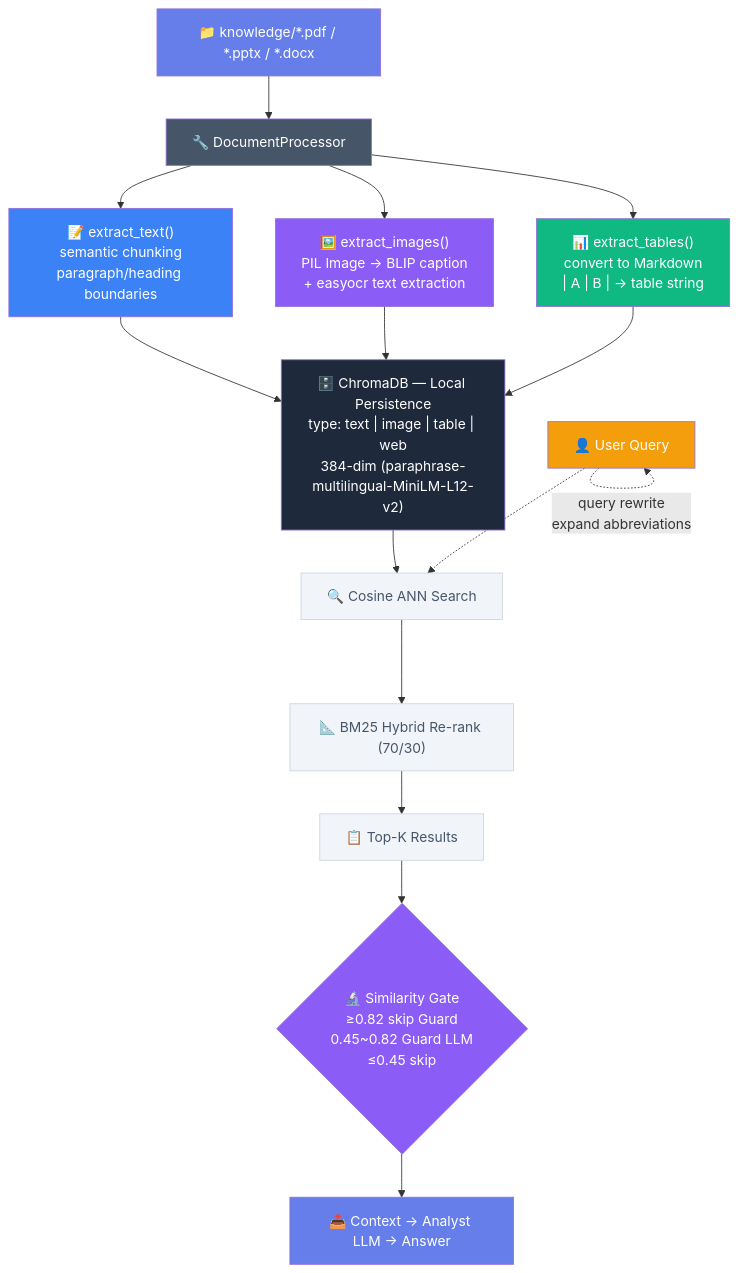
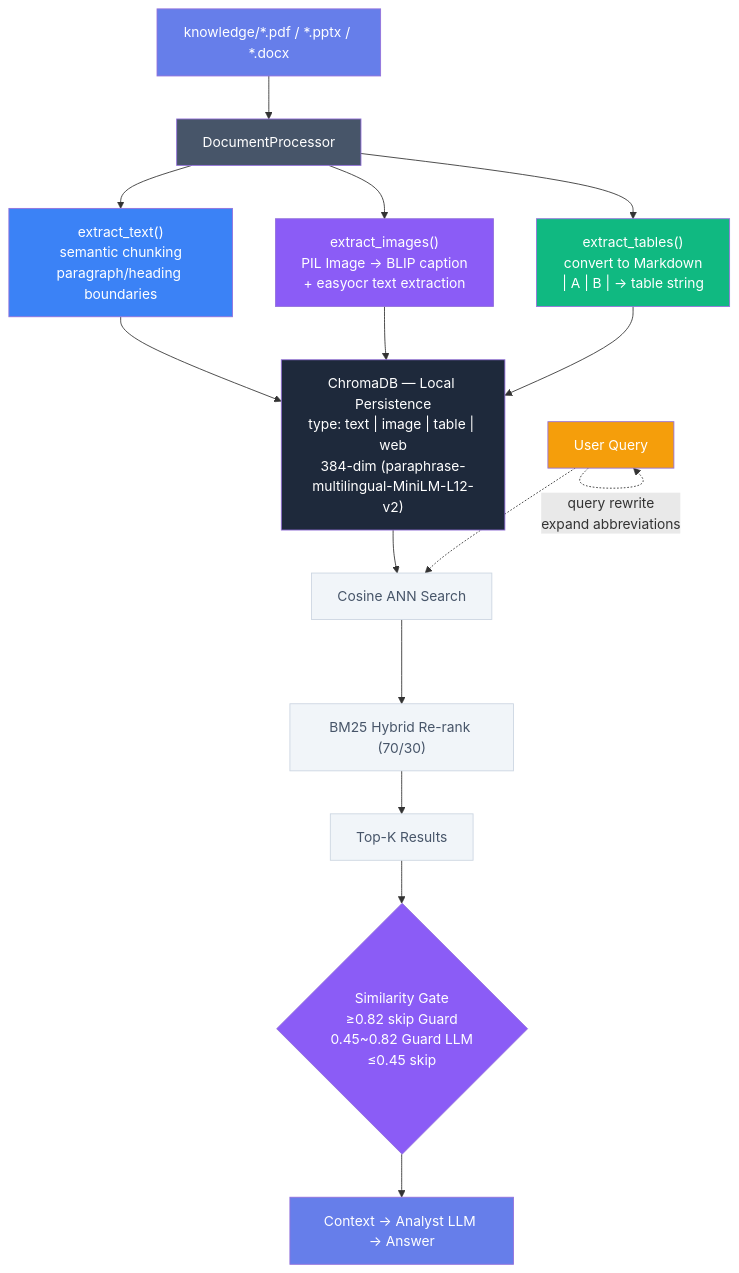
One commit to spirit-revenge/multi-agent changed the second of 5 diagrams in picts/diagrams.md. Above: the diagram before and after it, drawn with Mermaid. The commit also changed other lines of this file and 8 other files, not shown here.

````diff
--- a/picts/diagrams.md
+++ b/picts/diagrams.md
@@ -56,39 +56,39 @@
 ```mermaid
 flowchart TD
-    Input["📁 knowledge/*.pdf / *.pptx / *.docx"]
+    Input["knowledge/*.pdf / *.pptx / *.docx"]
     
-    Input --> DP["🔧 DocumentProcessor"]
+    Input --> DP["DocumentProcessor"]
     
-    DP --> Text["📝 extract_text()<br/>semantic chunking<br/>paragraph/heading boundaries"]
-    DP --> Image["🖼️ extract_images()<br/>PIL Image → BLIP caption<br/>+ easyocr text extraction"]
-    DP --> Table["📊 extract_tables()<br/>convert to Markdown<br/>| A | B | → table string"]
+    DP --> Text["extract_text()<br/>semantic chunking<br/>paragraph/heading boundaries"]
+    DP --> Image["extract_images()<br/>PIL Image → BLIP caption<br/>+ easyocr text extraction"]
+    DP --> Table["extract_tables()<br/>convert to Markdown<br/>| A | B | → table string"]
     
     Text --> DB
     Image --> DB
     Table --> DB
     
-    DB["🗄️ ChromaDB — Local Persistence<br/>type: text | image | table | web<br/>384-dim (paraphrase-multilingual-MiniLM-L12-v2)"]
+    DB["ChromaDB — Local Persistence<br/>type: text | image | table | web<br/>384-dim (paraphrase-multilingual-MiniLM-L12-v2)"]
     
-    DB --> Retrieve["🔍 Cosine ANN Search"]
-    Retrieve --> BM25["📐 BM25 Hybrid Re-rank (70/30)"]
-    BM25 --> TopK["📋 Top-K Results"]
-    TopK --> Gate{"🔬 Similarity Gate<br/>≥0.82 skip Guard<br/>0.45~0.82 Guard LLM<br/>≤0.45 skip"}
+    DB --> Retrieve["Cosine ANN Search"]
+    Retrieve --> BM25["BM25 Hybrid Re-rank (70/30)"]
+    BM25 --> TopK["Top-K Results"]
+    TopK --> Gate{"Similarity Gate<br/>≥0.82 skip Guard<br/>0.45~0.82 Guard LLM<br/>≤0.45 skip"}
     
-    Gate --> Context["📤 Context → Analyst LLM → Answer"]
+    Gate --> Context["Context → Analyst LLM → Answer"]
     
-    UserQuery["👤 User Query"] -.-> Retrieve
+    UserQuery["User Query"] -.-> Retrieve
     UserQuery -.->|"query rewrite<br/>expand abbreviations"| UserQuery
 
     style Input fill:#667eea,color:#fff
     style DP fill:#475569,color:#fff
     style Text fill:#3b82f6,color:#fff
     style Image fill:#8b5cf6,color:#fff
     style Table fill:#10b981,color:#fff
     style DB fill:#1e293b,color:#fff
     style Retrieve fill:#f1f5f9,color:#475569,stroke:#cbd5e1
     style BM25 fill:#f1f5f9,color:#475569,stroke:#cbd5e1
     style TopK fill:#f1f5f9,color:#475569,stroke:#cbd5e1
     style Gate fill:#8b5cf6,color:#fff
     style Context fill:#667eea,color:#fff
     style UserQuery fill:#f59e0b,color:#fff
 ```
````
